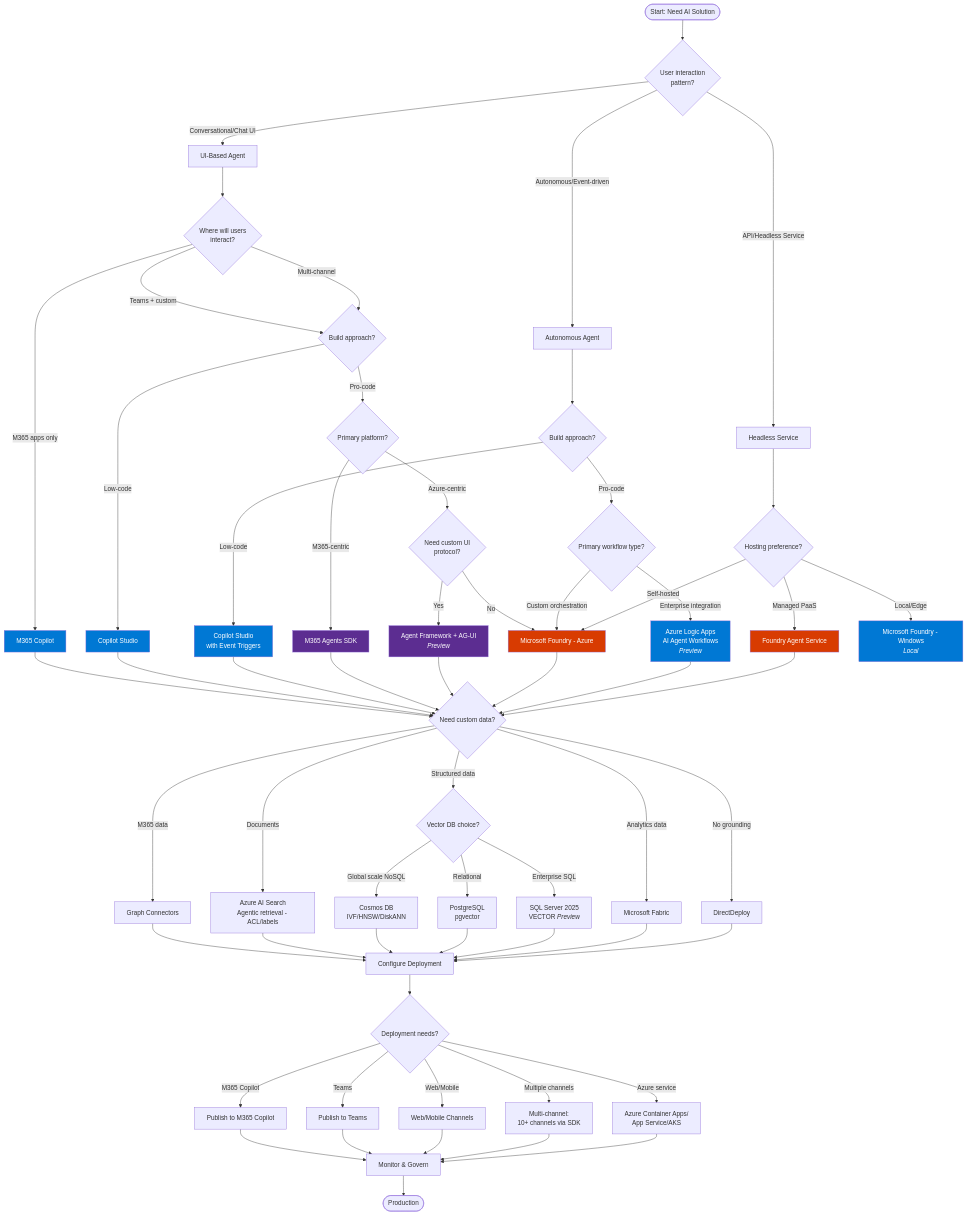
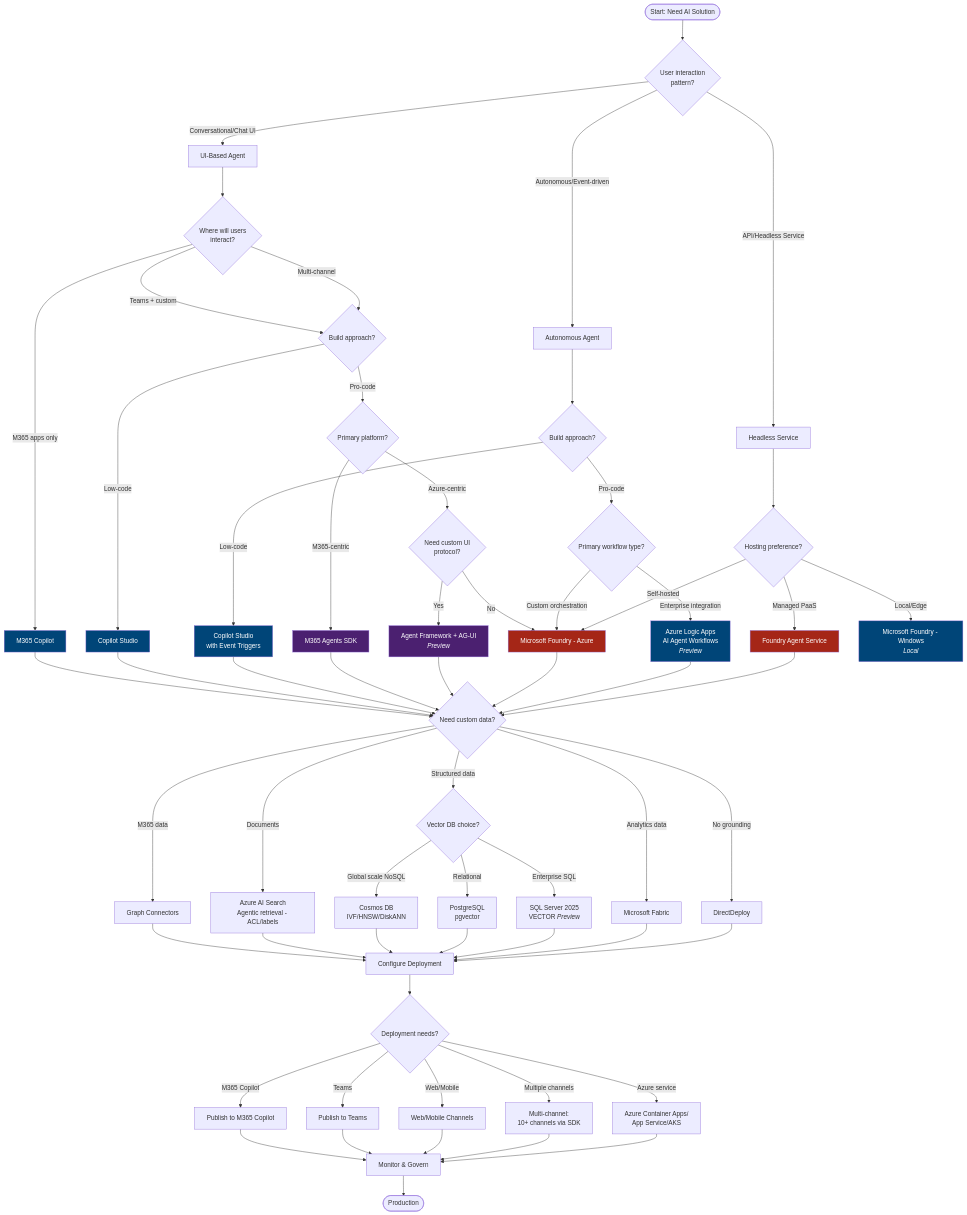
Before and after one commit to microsoft/Microsoft-AI-Decision-Framework: the first of 8 diagrams in docs/visual-framework.md, drawn with Mermaid. The commit also changed other lines of this file and 11 other files, not shown here.

Commit message:
docs: refresh devcontainer guidance and mermaid palette

````diff
--- a/docs/visual-framework.md
+++ b/docs/visual-framework.md
@@ -115,13 +115,13 @@
     
     Monitor --> End([Production])
     
-    style M365 fill:#0078D4,color:#fff
-    style Studio fill:#0078D4,color:#fff
-    style StudioAuto fill:#0078D4,color:#fff
-    style SDK fill:#5C2D91,color:#fff
-    style Foundry fill:#D83B01,color:#fff
-    style AGUI fill:#5C2D91,color:#fff
-    style LogicApps fill:#0078D4,color:#fff
-    style AgentService fill:#D83B01,color:#fff
-    style WinAI fill:#0078D4,color:#fff
+    style M365 fill:#004578,color:#fff
+    style Studio fill:#004578,color:#fff
+    style StudioAuto fill:#004578,color:#fff
+    style SDK fill:#4b2070,color:#fff
+    style Foundry fill:#a52617,color:#fff
+    style AGUI fill:#4b2070,color:#fff
+    style LogicApps fill:#004578,color:#fff
+    style AgentService fill:#a52617,color:#fff
+    style WinAI fill:#004578,color:#fff
 ```
````
